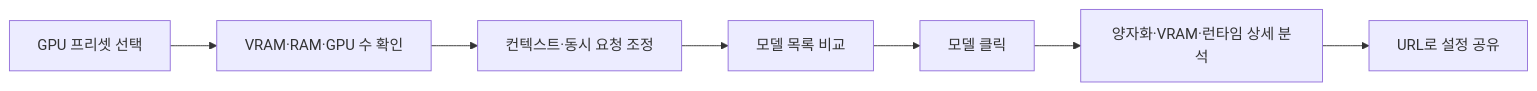
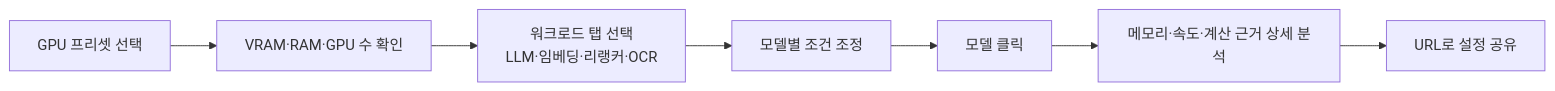
The first of 3 diagrams in README.md (jaeseok614/llm-gpu-checker-ko), drawn with Mermaid before and after one commit. The commit also changed other lines of this file and 14 other files, not shown here.

````diff
--- a/README.md
+++ b/README.md
@@ -31,9 +31,9 @@
 ```mermaid
 flowchart LR
   A[GPU 프리셋 선택] --> B[VRAM·RAM·GPU 수 확인]
-  B --> C[컨텍스트·동시 요청 조정]
-  C --> D[모델 목록 비교]
+  B --> C[워크로드 탭 선택<br/>LLM·임베딩·리랭커·OCR]
+  C --> D[모델별 조건 조정]
   D --> E[모델 클릭]
-  E --> F[양자화·VRAM·런타임 상세 분석]
+  E --> F[메모리·속도·계산 근거 상세 분석]
   F --> G[URL로 설정 공유]
 ```
````
